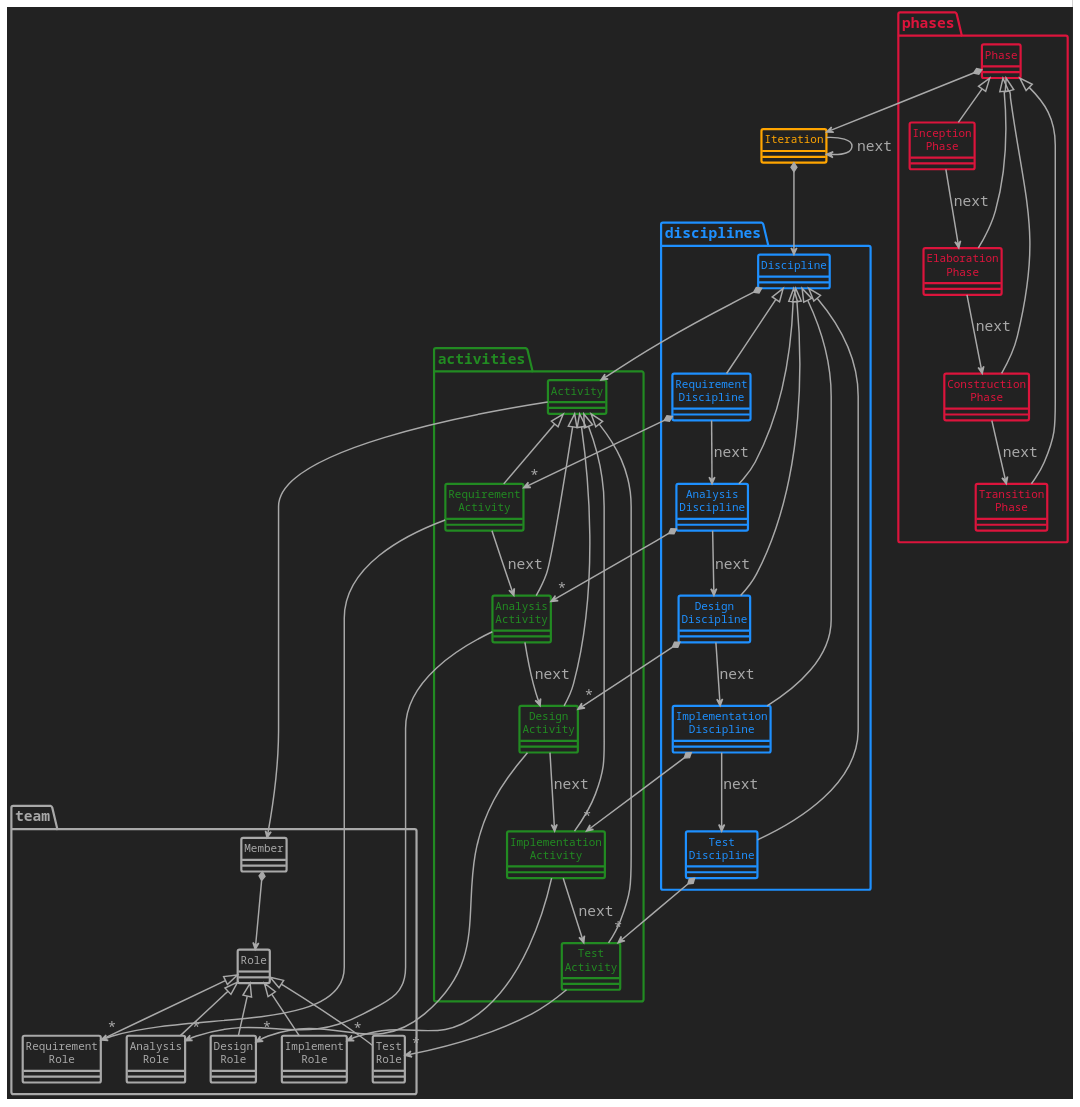
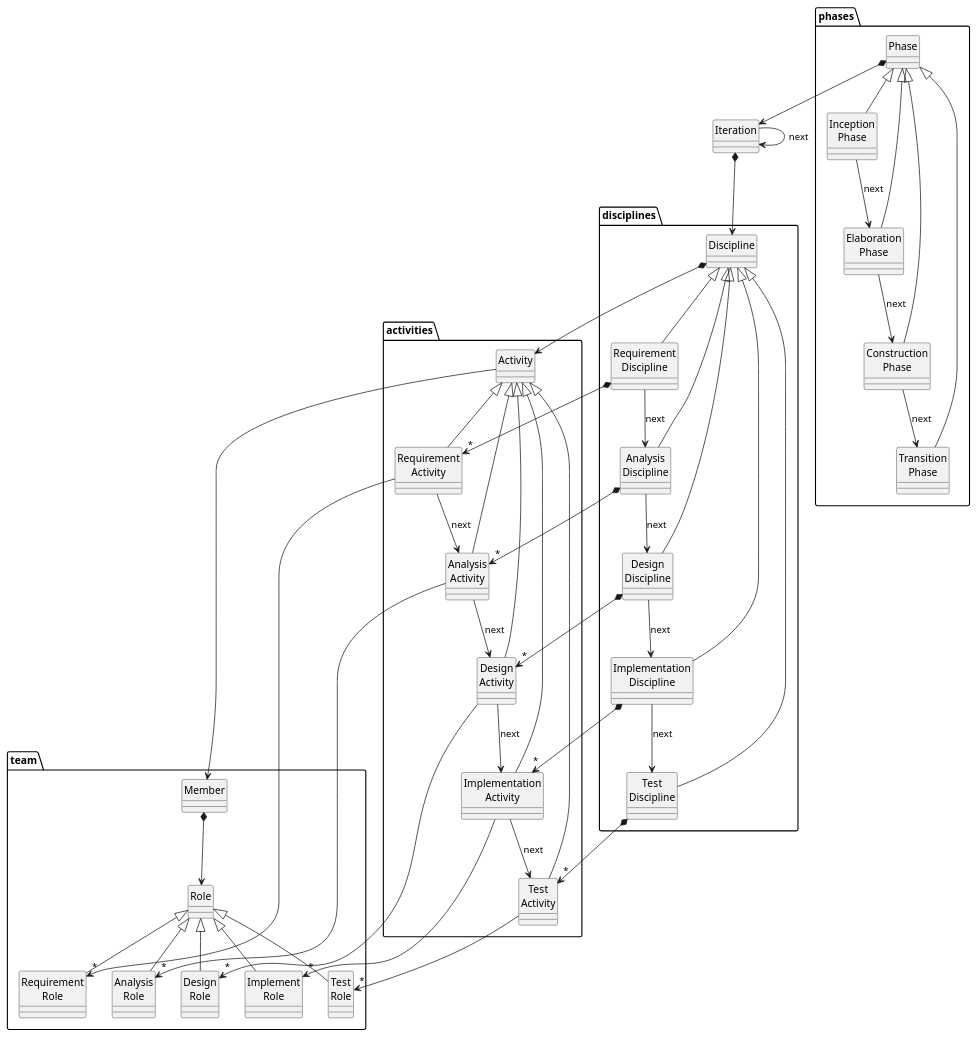
Before and after one commit to mmasias/IdSw1: the diagram in modelosUML/RUPiteraciones.puml, drawn with PlantUML. The commit also changed 6 other files, not shown here.

```diff
--- a/modelosUML/RUPiteraciones.puml
+++ b/modelosUML/RUPiteraciones.puml
@@ -1,165 +1,94 @@
 ' Autor: Prof. Luis Fernandez
-
-skinparam backgroundColor #222222
-
-skinparam default {
-    FontSize 20
-    FontName courier
-    FontStyle normal
-    FontColor #white
-}
-
-skinparam shadowing false
-skinparam padding 1
-skinparam arrow {
-    Thickness 2
-    Color #DarkGrey
-    FontSize 20
-    FontName courier
-    FontStyle normal
-    FontColor #DarkGrey
-}
-
-skinparam class {
-    BorderThickness 3
-    BorderColor #DarkGrey
-    BorderColor<<phases>> #DC143C
-    BorderColor<<activities>> #228B22
-    BorderColor<<disciplines>> #1E90FF
-    BorderColor<<iteration>> #ffa500
-    BorderColor<<team>> #a9a9a9
-    BackgroundColor #222222
-    FontSize 20
-    FontName courier
-    FontStyle bold
-    FontColor<<phases>> #DC143C
-    FontColor<<activities>> #228B22
-    FontColor<<disciplines>> #1E90FF
-    FontColor<<iteration>> #ffa500
-    FontColor<<team>> #a9a9a9
-    FontColor #DarkGrey
-}
-
-skinparam classAttribute {
-    FontSize 15
-    FontName courier
-    FontStyle normal
-    FontColor<<phases>> #DC143C
-    FontColor<<activities>> #228B22
-    FontColor<<disciplines>> #1E90FF
-    FontColor<<iteration>> #ffa500
-    FontColor<<team>> #a9a9a9
-    FontColor #DarkGrey
-}
 
 hide circle
 hide stereotype
-
-skinparam package {
-    BorderThickness 3
-    BorderColor<<phases>> #DC143C
-    BorderColor<<activities>> #228B22
-    BorderColor<<disciplines>> #1E90FF
-    BorderColor<<iteration>> #ffa500
-    BorderColor<<team>> #a9a9a9
-    BackgroundColor #222222
-    FontSize 20
-    FontName courier
-    FontStyle bold
-    FontColor<<phases>> #DC143C
-    FontColor<<activities>> #228B22
-    FontColor<<disciplines>> #1E90FF
-    FontColor<<iteration>> #ffa500
-    FontColor<<team>> #a9a9a9
-}
-
 
 package phases <<phases>> {
 class Phase <<phases>>
 class Inception as "Inception\nPhase" <<phases>>
 class Elaboration as "Elaboration\nPhase" <<phases>>
 class Construction as "Construction\nPhase" <<phases>>
 class Transition as "Transition\nPhase" <<phases>>
 }
 
 class Iteration <<iteration>>
 
 package disciplines <<disciplines>> {
 class Discipline <<disciplines>>
 class RequirementDiscipline as "Requirement\nDiscipline" <<disciplines>>
 class AnalysisDiscipline as "Analysis\nDiscipline"  <<disciplines>>
 class DesignDiscipline as "Design\nDiscipline" <<disciplines>>
 class ImplementationDiscipline as "Implementation\nDiscipline" <<disciplines>>
 class TestDiscipline as "Test\nDiscipline" <<disciplines>>
 }
 
 package activities <<activities>> {
 class Activity <<activities>>
 class RequirementActivity as "Requirement\nActivity" <<activities>>
 class AnalysisActivity as "Analysis\nActivity" <<activities>>
 class DesignActivity as "Design\nActivity" <<activities>>
 class ImplementationActivity as "Implementation\nActivity" <<activities>>
 class TestActivity as "Test\nActivity" <<activities>>
 }
 
 package team <<team>> {
 class Member  <<team>>
 class Role  <<team>>
 class RequirementRole as "Requirement\nRole" <<team>>
 class AnalysisRole as "Analysis\nRole"  <<team>>
 class DesignRole as "Design\nRole" <<team>>
 class ImplementRole as "Implement\nRole" <<team>>
 class TestRole as "Test\nRole" <<team>>
 }
 
 Phase *--> Iteration
 Phase <|-- Inception
 Inception --> Elaboration : next
 Phase <|-- Elaboration
 Elaboration  --> Construction :next
 Phase <|-- Construction
 Construction  -->  Transition :next
 Phase <|-- Transition
 
 Iteration *--> Discipline
 Iteration --> Iteration :next
 
 Discipline *--> Activity
 Discipline <|-- RequirementDiscipline
 RequirementDiscipline *--> "*" RequirementActivity
 RequirementDiscipline --> AnalysisDiscipline :next
 Discipline <|-- AnalysisDiscipline
 AnalysisDiscipline *--> "*" AnalysisActivity
 AnalysisDiscipline --> DesignDiscipline :next
 Discipline <|-- DesignDiscipline
 DesignDiscipline *--> "*" DesignActivity
 DesignDiscipline --> ImplementationDiscipline :next
 Discipline <|-- ImplementationDiscipline
 ImplementationDiscipline *--> "*" ImplementationActivity
 ImplementationDiscipline --> TestDiscipline :next
 Discipline <|-- TestDiscipline
 TestDiscipline *--> "*" TestActivity
 
 Activity <|-- RequirementActivity
 RequirementActivity --> AnalysisActivity :next
 Activity <|-- AnalysisActivity
 AnalysisActivity --> DesignActivity :next
 Activity <|-- DesignActivity
 DesignActivity --> ImplementationActivity :next
 Activity <|-- ImplementationActivity
 ImplementationActivity --> TestActivity :next
 Activity <|-- TestActivity
 
 Activity --> Member
 Member *--> Role
 Role <|-- RequirementRole
 Role <|-- AnalysisRole
 Role <|-- DesignRole
 Role <|-- ImplementRole
 Role <|-- TestRole
 
 RequirementActivity --> "*" RequirementRole
 AnalysisActivity --> "*" AnalysisRole
 DesignActivity --> "*" DesignRole
 ImplementationActivity --> "*" ImplementRole
 TestActivity --> "*" TestRole
```
